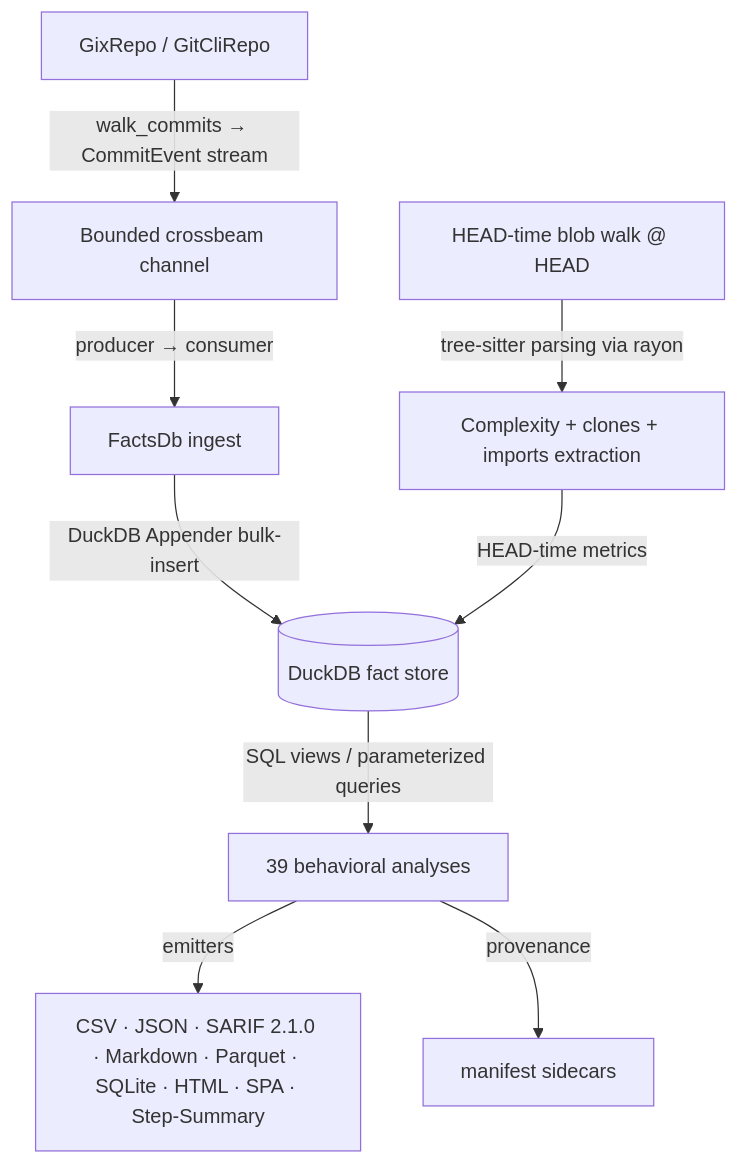
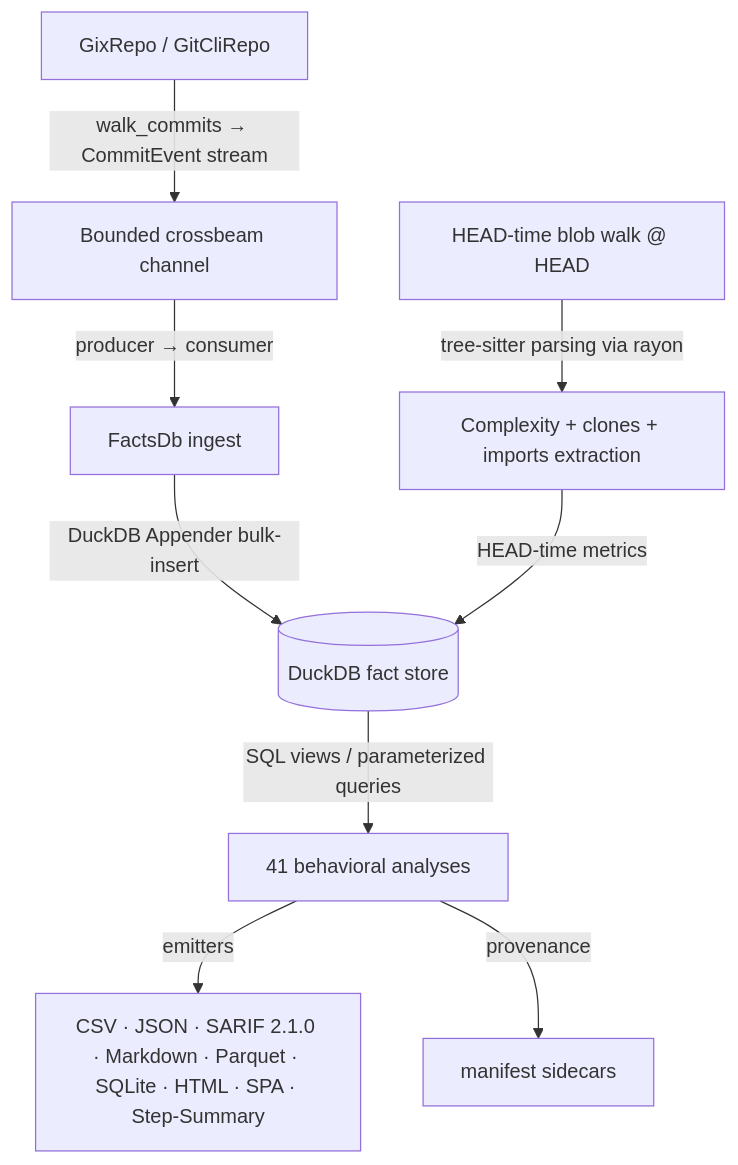
One commit to emrecdr/codelore changed the diagram in docs/codebase_analysis.md. Above: the diagram before and after it, drawn with Mermaid. The commit also changed other lines of this file and 3 other files, not shown here.

First line of the commit message:
docs: document hotspot-velocity + architecture-trend (39 → 41 analyses)

````diff
--- a/docs/codebase_analysis.md
+++ b/docs/codebase_analysis.md
@@ -29,11 +29,11 @@
 ```mermaid
 graph TD
     A[GixRepo / GitCliRepo] -->|walk_commits → CommitEvent stream| B[Bounded crossbeam channel]
     B -->|producer → consumer| C[FactsDb ingest]
     C -->|DuckDB Appender bulk-insert| D[(DuckDB fact store)]
     E[HEAD-time blob walk @ HEAD] -->|tree-sitter parsing via rayon| F[Complexity + clones + imports extraction]
     F -->|HEAD-time metrics| D
-    D -->|SQL views / parameterized queries| G[39 behavioral analyses]
+    D -->|SQL views / parameterized queries| G[41 behavioral analyses]
     G -->|emitters| H[CSV · JSON · SARIF 2.1.0 · Markdown · Parquet · SQLite · HTML · SPA · Step-Summary]
     G -->|provenance| I[manifest sidecars]
 ```
````
